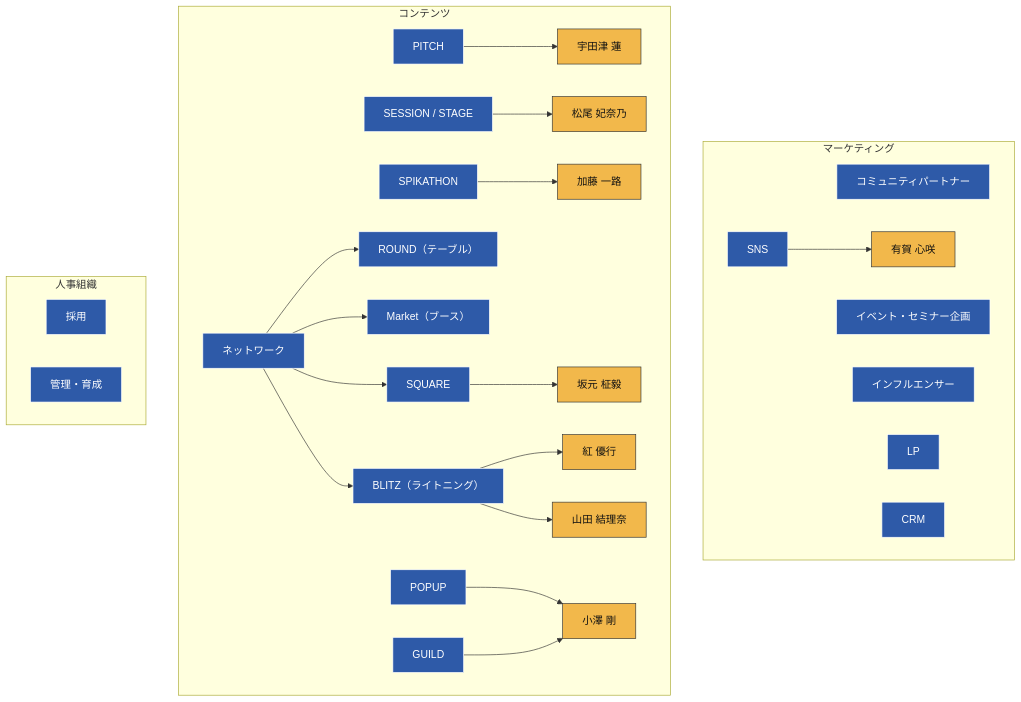
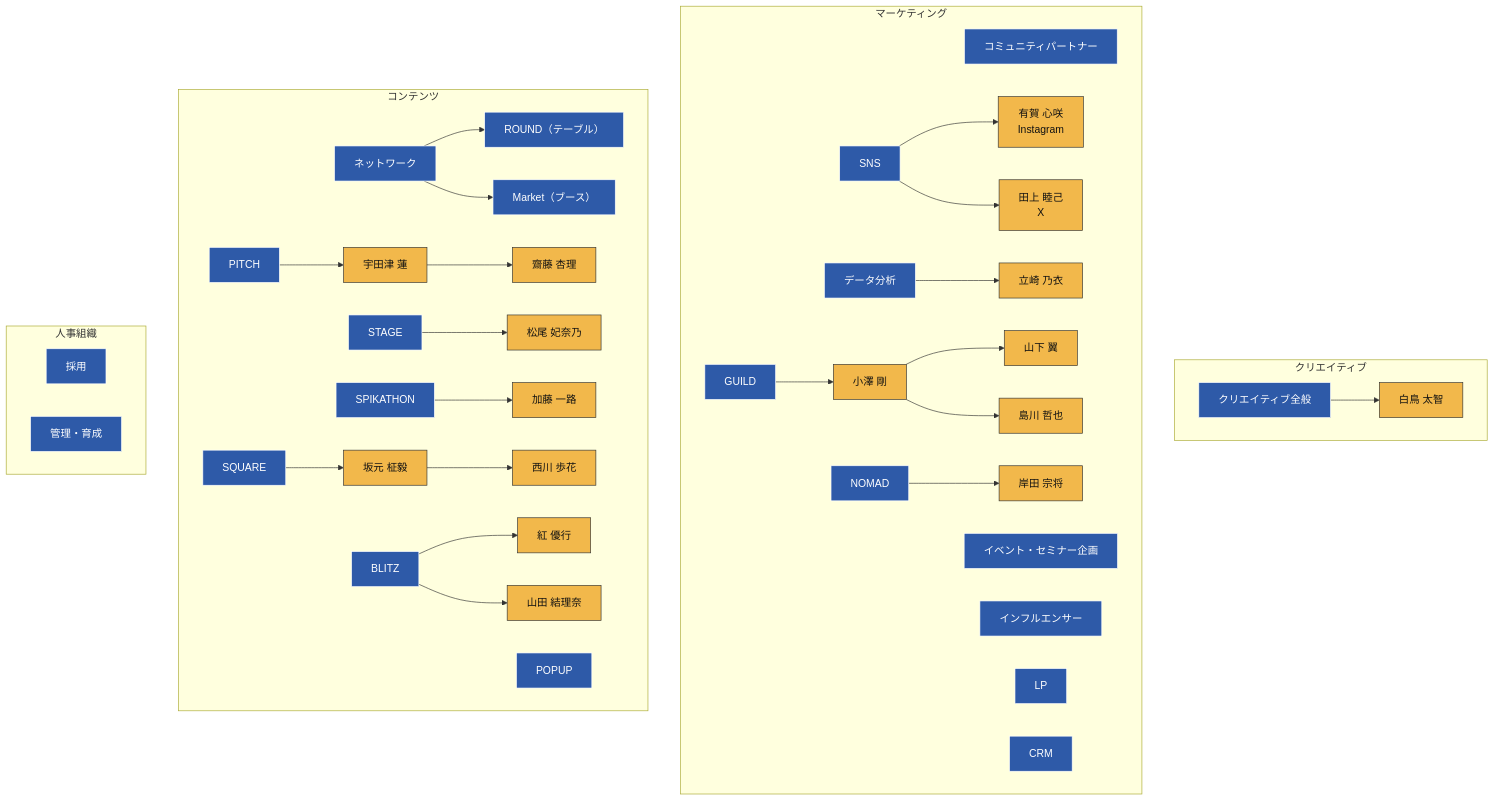
One commit to liofval/spikes_hr changed the second of 2 diagrams in spikes-org-chart.md. Above: the diagram before and after it, drawn with Mermaid. The commit also changed 1 other file, not shown here.

Commit message:
企画コンテンツ × 担当者マップを最新組織図に同期
- クリエイティブsubgraph新設（白鳥 太智）
- マーケティングにGUILD/NOMAD/データ分析を追加（小澤・岸田・立崎・山下・島川）
- SNSを Instagram(有賀) / X(田上) に細分化
- コンテンツに西川・齋藤を追加、SQUAREとPITCHをサブツリー化
- POPUP/GUILDから小澤への古いマッピングを削除

````diff
--- a/spikes-org-chart.md
+++ b/spikes-org-chart.md
@@ -68,44 +68,57 @@
 ```mermaid
 graph TD
+    subgraph クリエイティブ
+      CREATIVE[クリエイティブ全般]
+      CREATIVE --> Shiratori2[白鳥 太智]
+    end
+
     subgraph マーケティング
       CP[コミュニティパートナー]
       SNS[SNS]
+      DATA[データ分析]
       EV[イベント・セミナー企画]
       INF[インフルエンサー]
       LP[LP]
       CRM[CRM]
-      SNS --> Aruga2[有賀 心咲]
+      GUILD[GUILD]
+      NOMAD[NOMAD]
+      SNS --> Aruga2[有賀 心咲<br/>Instagram]
+      SNS --> Tagami2[田上 睦己<br/>X]
+      DATA --> Tatsuzaki2[立崎 乃衣]
+      GUILD --> Ozawa2[小澤 剛]
+      Ozawa2 --> Yamashita2[山下 翼]
+      Ozawa2 --> Shimakawa2[島川 哲也]
+      NOMAD --> Kishida2[岸田 宗将]
     end
 
     subgraph コンテンツ
       PITCH[PITCH]
-      STAGE[SESSION / STAGE]
+      STAGE[STAGE]
       SPIKATHON[SPIKATHON]
+      SQUARE[SQUARE]
+      BLITZ[BLITZ]
       NW[ネットワーク]
-      NW --> SQUARE[SQUARE]
-      NW --> BLITZ["BLITZ（ライトニング）"]
       NW --> ROUND["ROUND（テーブル）"]
       NW --> MARKET["Market（ブース）"]
       POPUP[POPUP]
-      GUILD[GUILD]
 
       PITCH --> Udatsu2[宇田津 蓮]
+      Udatsu2 --> Saito2[齋藤 杏理]
       STAGE --> Matsuo2[松尾 妃奈乃]
       SPIKATHON --> Kato2[加藤 一路]
       SQUARE --> Sakamoto2[坂元 柾毅]
+      Sakamoto2 --> Nishikawa2[西川 歩花]
       BLITZ --> Kurenai2[紅 優行]
       BLITZ --> Yamada2[山田 結理奈]
-      POPUP --> Ozawa2[小澤 剛]
-      GUILD --> Ozawa2
     end
 
     subgraph 人事組織
       RECRUIT[採用]
       GROW[管理・育成]
     end
 
     classDef role fill:#2e5aa8,stroke:#fff,color:#fff;
     classDef person fill:#f2b84b,stroke:#333,color:#111;
-    class CP,SNS,EV,INF,LP,CRM,PITCH,STAGE,SPIKATHON,NW,SQUARE,BLITZ,ROUND,MARKET,POPUP,GUILD,RECRUIT,GROW role;
-    class Aruga2,Udatsu2,Matsuo2,Kato2,Sakamoto2,Ozawa2,Kurenai2,Yamada2 person;
+    class CP,SNS,DATA,EV,INF,LP,CRM,GUILD,NOMAD,CREATIVE,PITCH,STAGE,SPIKATHON,NW,SQUARE,BLITZ,ROUND,MARKET,POPUP,RECRUIT,GROW role;
+    class Aruga2,Tagami2,Tatsuzaki2,Ozawa2,Yamashita2,Shimakawa2,Kishida2,Shiratori2,Udatsu2,Saito2,Matsuo2,Kato2,Sakamoto2,Nishikawa2,Kurenai2,Yamada2 person;
 ```
````
